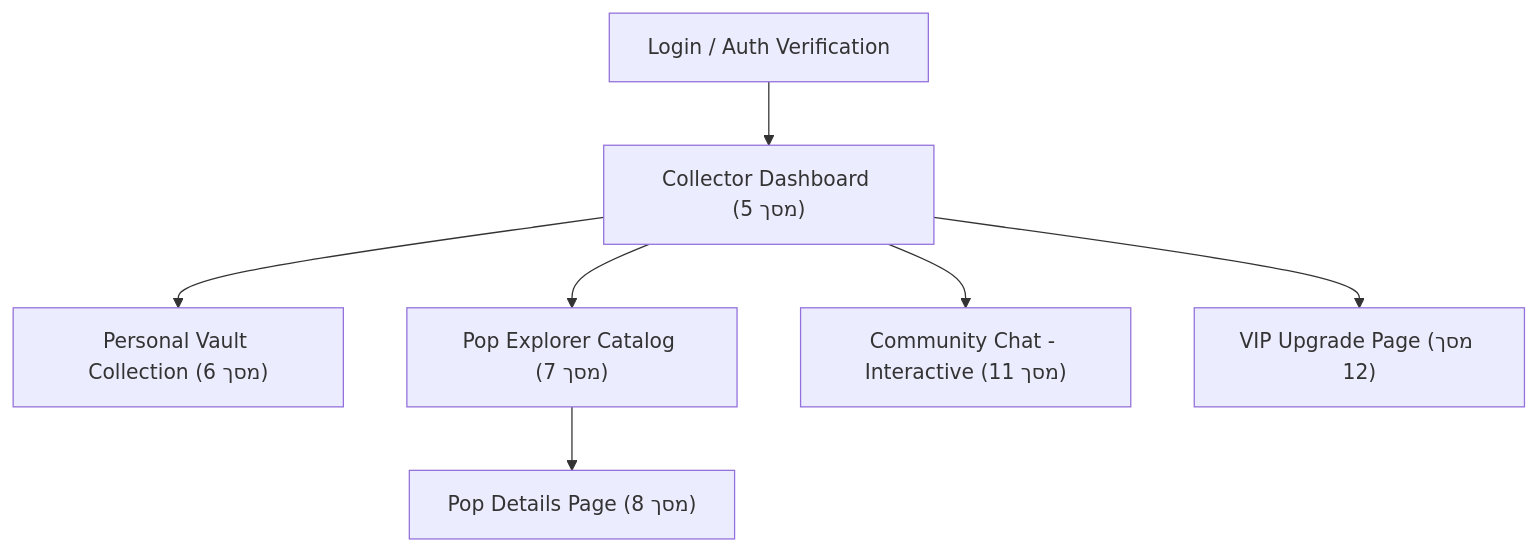
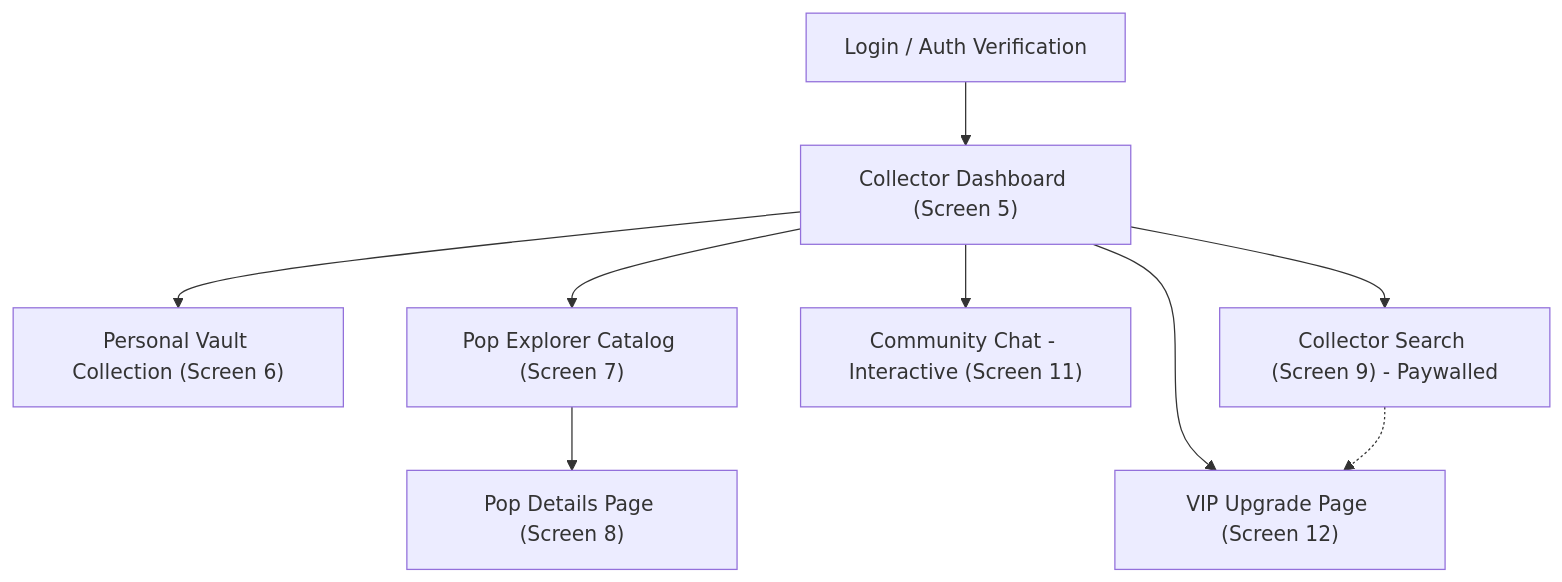
The eighth of 10 diagrams in MyPopVault_Book_Draft.md (SquareFace7/MyPopVault), drawn with Mermaid before and after one commit. The commit also changed other lines of this file, not shown here.

Commit message:
docs: update UI Appendix (section 19) sub-headings, route protections, and paywalled collector search details

````diff
--- a/MyPopVault_Book_Draft.md
+++ b/MyPopVault_Book_Draft.md
@@ -834,9 +834,11 @@
 ```mermaid
 graph TD
-    Auth["Login / Auth Verification"] --> Dash["Collector Dashboard (מסך 5)"]
-    Dash --> Vault["Personal Vault Collection (מסך 6)"]
-    Dash --> Explorer["Pop Explorer Catalog (מסך 7)"]
-    Explorer --> Details["Pop Details Page (מסך 8)"]
-    Dash --> Chat["Community Chat - Interactive (מסך 11)"]
-    Dash --> Upgrade["VIP Upgrade Page (מסך 12)"]
+    Auth["Login / Auth Verification"] --> Dash["Collector Dashboard (Screen 5)"]
+    Dash --> Vault["Personal Vault Collection (Screen 6)"]
+    Dash --> Explorer["Pop Explorer Catalog (Screen 7)"]
+    Explorer --> Details["Pop Details Page (Screen 8)"]
+    Dash --> Chat["Community Chat - Interactive (Screen 11)"]
+    Dash --> Upgrade["VIP Upgrade Page (Screen 12)"]
+    Dash --> Search["Collector Search (Screen 9) - Paywalled"]
+    Search -.-> Upgrade
 ```
````
